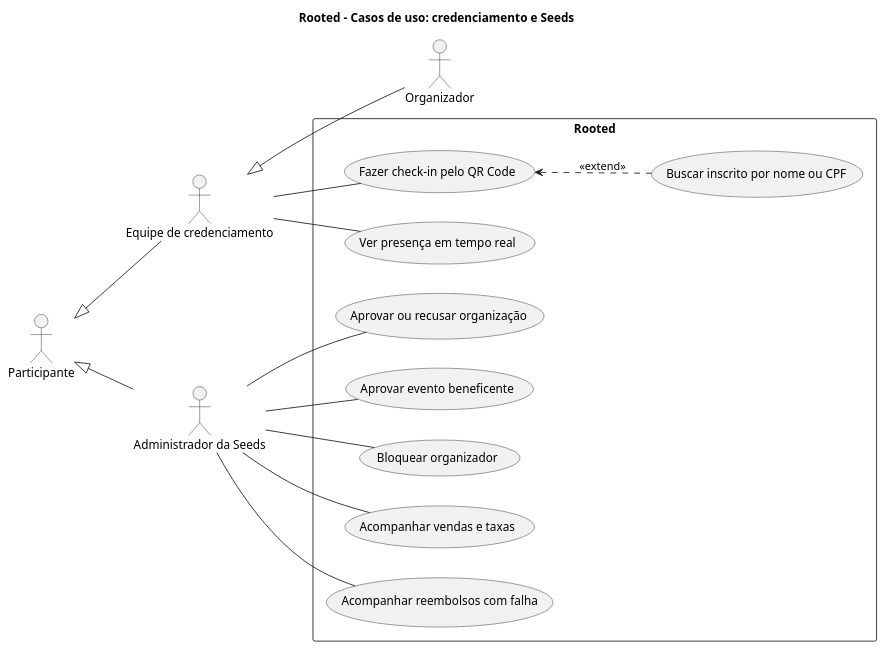
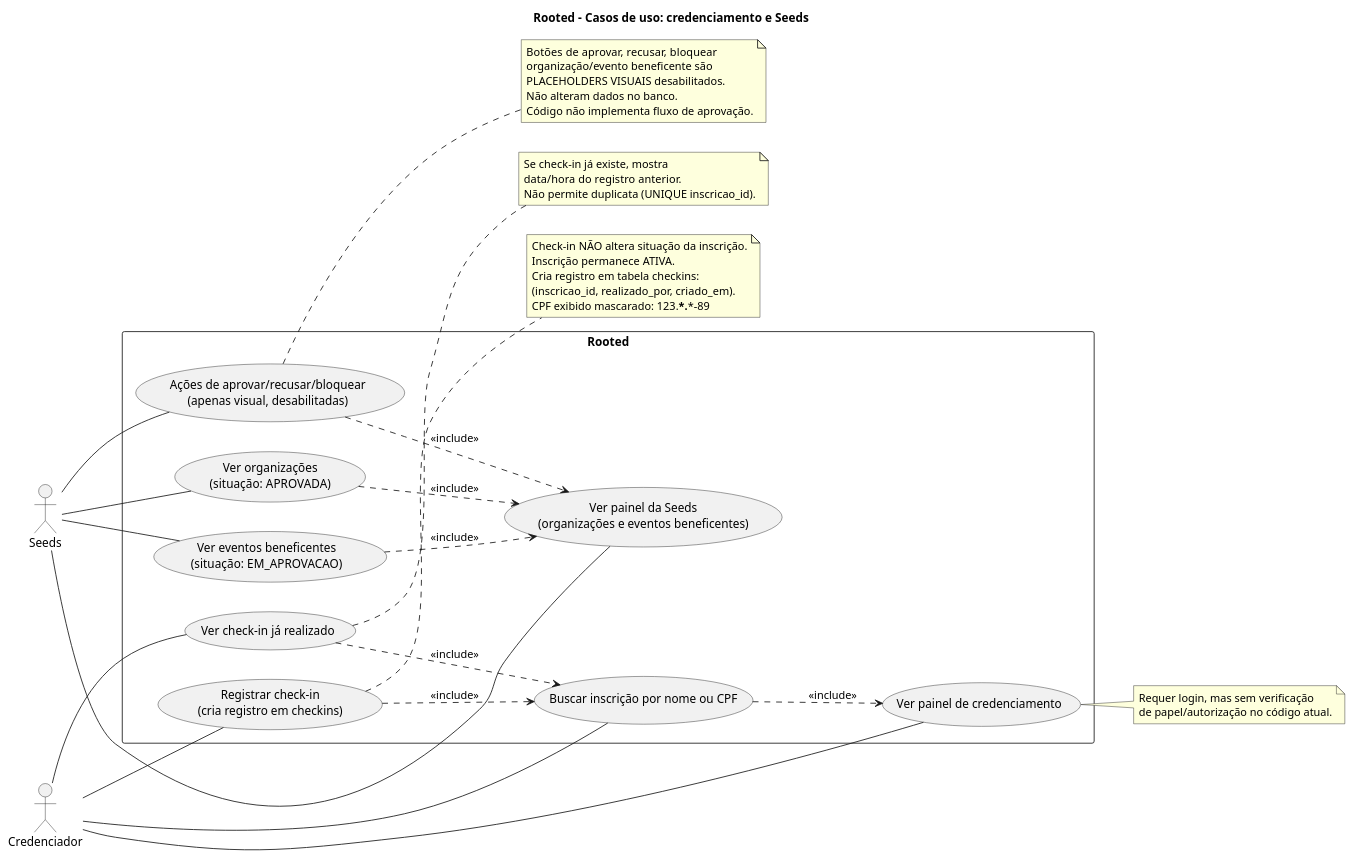
Before and after one commit to paulothaylam/rooted-projeto: the diagram in docs/diagramas/scripts/03-casos-de-uso-credenciamento-e-seeds.puml, drawn with PlantUML. The commit also changed 92 other files, not shown here.

Commit message:
atualizando diagramas

```diff
--- a/docs/diagramas/scripts/03-casos-de-uso-credenciamento-e-seeds.puml
+++ b/docs/diagramas/scripts/03-casos-de-uso-credenciamento-e-seeds.puml
@@ -1,33 +1,65 @@
 @startuml
 title Rooted – Casos de uso: credenciamento e Seeds
 left to right direction
 
-actor "Participante" as Participante
-actor "Equipe de credenciamento" as Equipe
-actor "Organizador" as Organizador
-actor "Administrador da Seeds" as Admin
-
-Participante <|-- Equipe
-Equipe <|-- Organizador
-Participante <|-- Admin
+actor "Credenciador" as Credenciador
+actor "Seeds" as Seeds
 
 rectangle "Rooted" {
-  usecase "Fazer check-in pelo QR Code" as UC45
-  usecase "Buscar inscrito por nome ou CPF" as UC46
-  usecase "Ver presença em tempo real" as UC47
-  usecase "Aprovar ou recusar organização" as UC48
-  usecase "Aprovar evento beneficente" as UC49
-  usecase "Bloquear organizador" as UC50
-  usecase "Acompanhar vendas e taxas" as UC51
-  usecase "Acompanhar reembolsos com falha" as UC52
+  usecase "Ver painel de credenciamento" as UC01
+  usecase "Buscar inscrição por nome ou CPF" as UC02
+  usecase "Registrar check-in\n(cria registro em checkins)" as UC03
+  usecase "Ver check-in já realizado" as UC04
+
+  usecase "Ver painel da Seeds\n(organizações e eventos beneficentes)" as UC05
+  usecase "Ver organizações\n(situação: APROVADA)" as UC06
+  usecase "Ver eventos beneficentes\n(situação: EM_APROVACAO)" as UC07
+  usecase "Ações de aprovar/recusar/bloquear\n(apenas visual, desabilitadas)" as UC08
 }
 
-Equipe -- UC45
-Equipe -- UC47
-UC45 <.. UC46 : <<extend>>
-Admin -- UC48
-Admin -- UC49
-Admin -- UC50
-Admin -- UC51
-Admin -- UC52
+Credenciador -- UC01
+Credenciador -- UC02
+Credenciador -- UC03
+Credenciador -- UC04
+
+Seeds -- UC05
+Seeds -- UC06
+Seeds -- UC07
+Seeds -- UC08
+
+UC02 ..> UC01 : <<include>>
+UC03 ..> UC02 : <<include>>
+UC04 ..> UC02 : <<include>>
+
+UC06 ..> UC05 : <<include>>
+UC07 ..> UC05 : <<include>>
+UC08 ..> UC05 : <<include>>
+
+note right of UC03
+  Check-in NÃO altera situação da inscrição.
+  Inscrição permanece ATIVA.
+  Cria registro em tabela checkins:
+  (inscricao_id, realizado_por, criado_em).
+  CPF exibido mascarado: 123.***.***-89
+end note
+
+note right of UC04
+  Se check-in já existe, mostra
+  data/hora do registro anterior.
+  Não permite duplicata (UNIQUE inscricao_id).
+end note
+
+note right of UC08
+  Botões de aprovar, recusar, bloquear
+  organização/evento beneficente são
+  PLACEHOLDERS VISUAIS desabilitados.
+  Não alteram dados no banco.
+  Código não implementa fluxo de aprovação.
+end note
+
+note right of UC01
+  Requer login, mas sem verificação
+  de papel/autorização no código atual.
+end note
+
 @enduml
```
